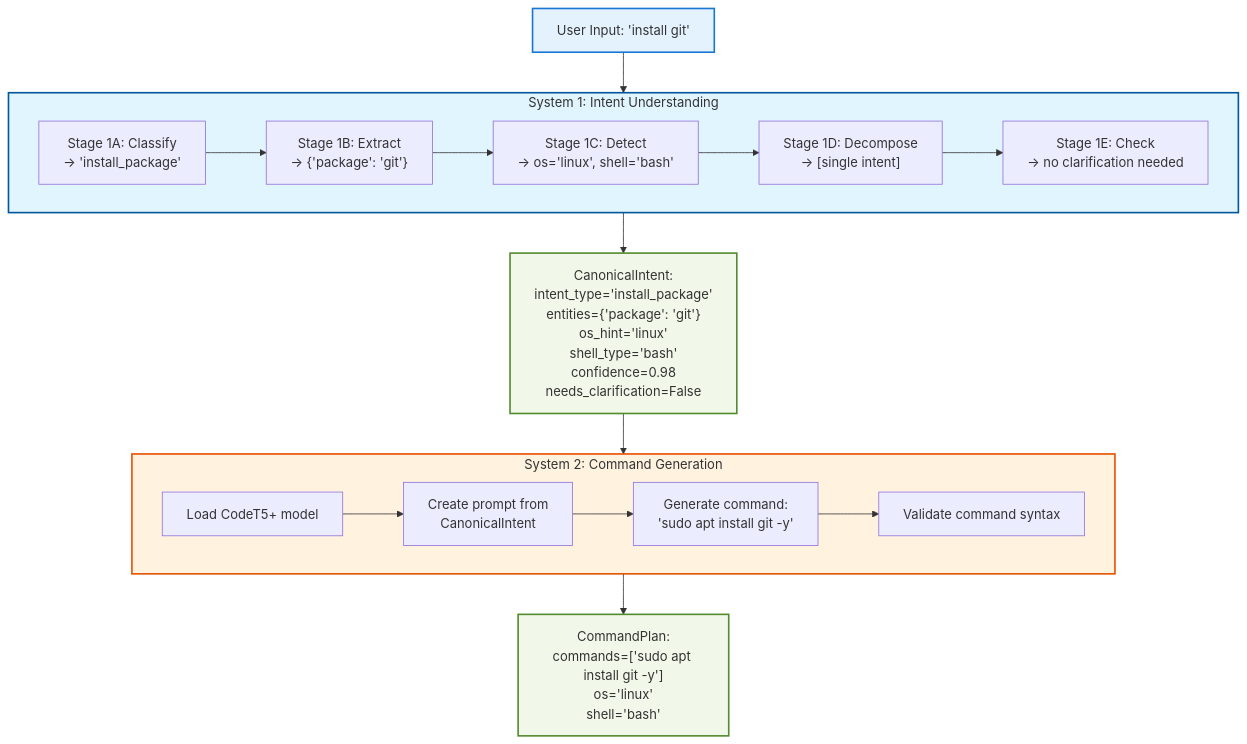
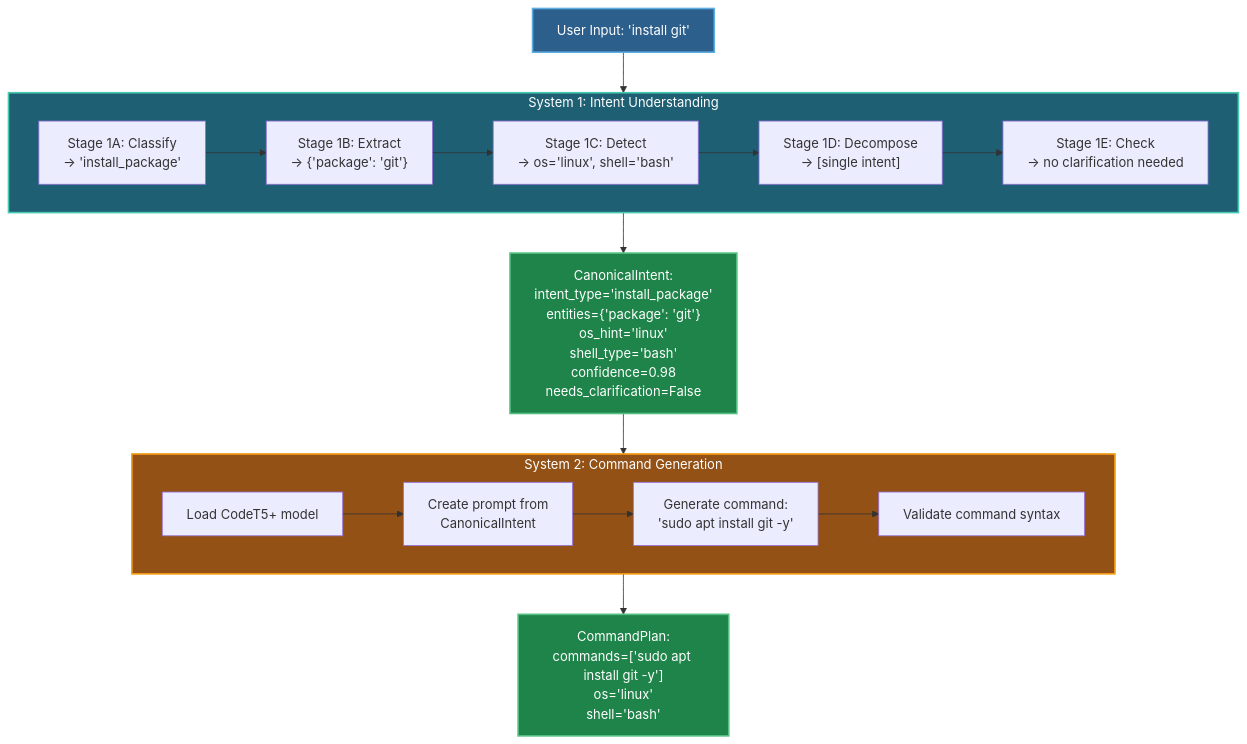
One commit to sumit-s-nair/contAIner changed the second of 3 diagrams in docs/integration/README.md. Above: the diagram before and after it, drawn with Mermaid. The commit also changed other lines of this file and 2 other files, not shown here.

Commit message:
docs: update architecture diagrams with new color scheme

````diff
--- a/docs/integration/README.md
+++ b/docs/integration/README.md
@@ -45,38 +45,38 @@
 ```mermaid
 flowchart TD
     Input["User Input: 'install git'"]
     
     subgraph System1["System 1: Intent Understanding"]
         Stage1A["Stage 1A: Classify\n→ 'install_package'"]
         Stage1B["Stage 1B: Extract\n→ {'package': 'git'}"]
         Stage1C["Stage 1C: Detect\n→ os='linux', shell='bash'"]
         Stage1D["Stage 1D: Decompose\n→ [single intent]"]
         Stage1E["Stage 1E: Check\n→ no clarification needed"]
         
         Stage1A --> Stage1B --> Stage1C --> Stage1D --> Stage1E
     end
     
     Output1["CanonicalIntent:\nintent_type='install_package'\nentities={'package': 'git'}\nos_hint='linux'\nshell_type='bash'\nconfidence=0.98\nneeds_clarification=False"]
     
     subgraph System2["System 2: Command Generation"]
         Load["Load CodeT5+ model"]
         Prompt["Create prompt from\nCanonicalIntent"]
         Generate["Generate command:\n'sudo apt install git -y'"]
         Validate["Validate command syntax"]
         
         Load --> Prompt --> Generate --> Validate
     end
     
     Output2["CommandPlan:\ncommands=['sudo apt install git -y']\nos='linux'\nshell='bash'"]
     
     Input --> System1
     System1 --> Output1
     Output1 --> System2
     System2 --> Output2
     
-    style Input fill:#e3f2fd,stroke:#1976d2,stroke-width:2px
-    style System1 fill:#e1f5fe,stroke:#01579b,stroke-width:2px
-    style System2 fill:#fff3e0,stroke:#e65100,stroke-width:2px
-    style Output1 fill:#f1f8e9,stroke:#558b2f,stroke-width:2px
-    style Output2 fill:#f1f8e9,stroke:#558b2f,stroke-width:2px
+    style Input fill:#2d5f8d,stroke:#5dade2,stroke-width:2px,color:#fff
+    style System1 fill:#1e5f74,stroke:#48c9b0,stroke-width:2px,color:#fff
+    style System2 fill:#935116,stroke:#f39c12,stroke-width:2px,color:#fff
+    style Output1 fill:#1e8449,stroke:#52be80,stroke-width:2px,color:#fff
+    style Output2 fill:#1e8449,stroke:#52be80,stroke-width:2px,color:#fff
 ```
````
